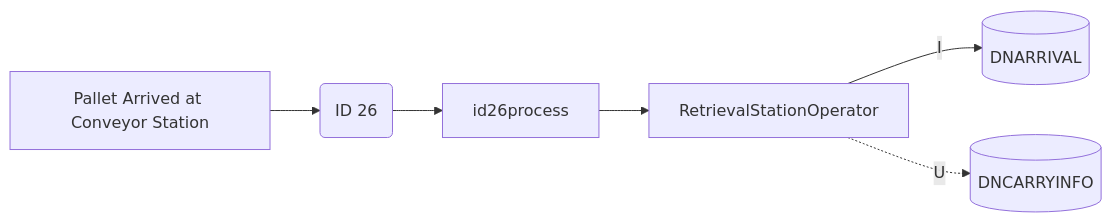
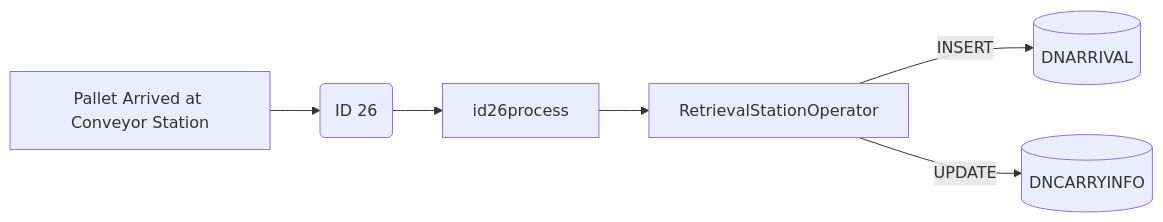
One commit to luthfiadityaa/SimeDarby-Wiki changed the tenth of 17 diagrams in Basic-Design/DFD-WMS/Retrieval/QC-Setting/Retrieval-for-QC-Start.md. Above: the diagram before and after it, drawn with Mermaid.

Commit message:
Updated Retrieval for QC Start

```diff
--- a/Basic-Design/DFD-WMS/Retrieval/QC-Setting/Retrieval-for-QC-Start.md
+++ b/Basic-Design/DFD-WMS/Retrieval/QC-Setting/Retrieval-for-QC-Start.md
@@ -404,29 +404,29 @@
 ::: mermaid
 flowchart LR
 
 buttonclicked["
 Pallet Arrived at Conveyor Station
 "]
 
 id26msg("
 ID 26
 ")
 
 id26-insert[("
 DNARRIVAL
 ")]
 
 id26-update[("
 DNCARRYINFO
 ")]
 
 id26process[id26process]
 retrievaloperator[RetrievalStationOperator]
 
 
 buttonclicked --> id26msg
 id26msg -->id26process
 id26process-->retrievaloperator
-retrievaloperator--I-->id26-insert
-retrievaloperator-.U.->id26-update
+retrievaloperator--> |INSERT| id26-insert
+retrievaloperator--> |UPDATE| id26-update
 :::
```
